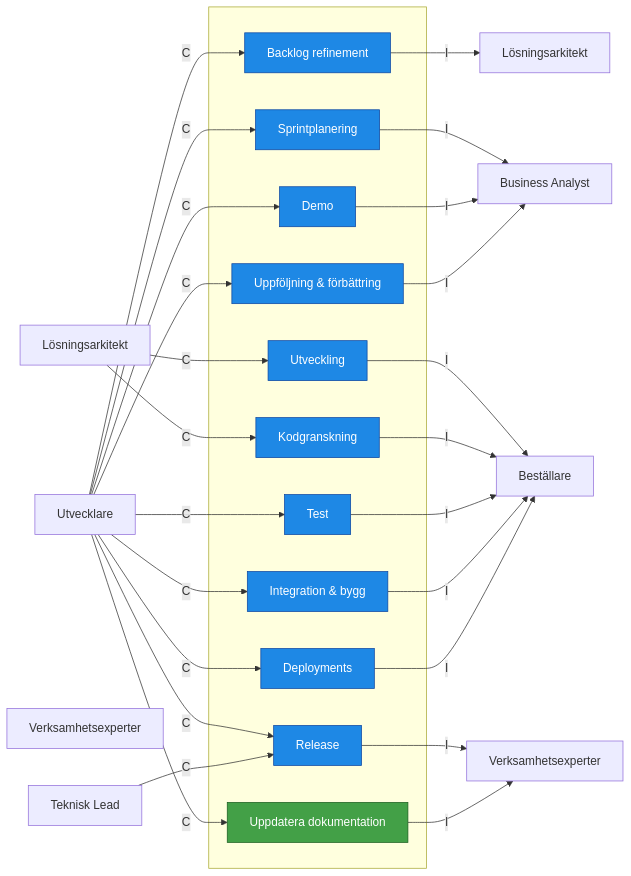
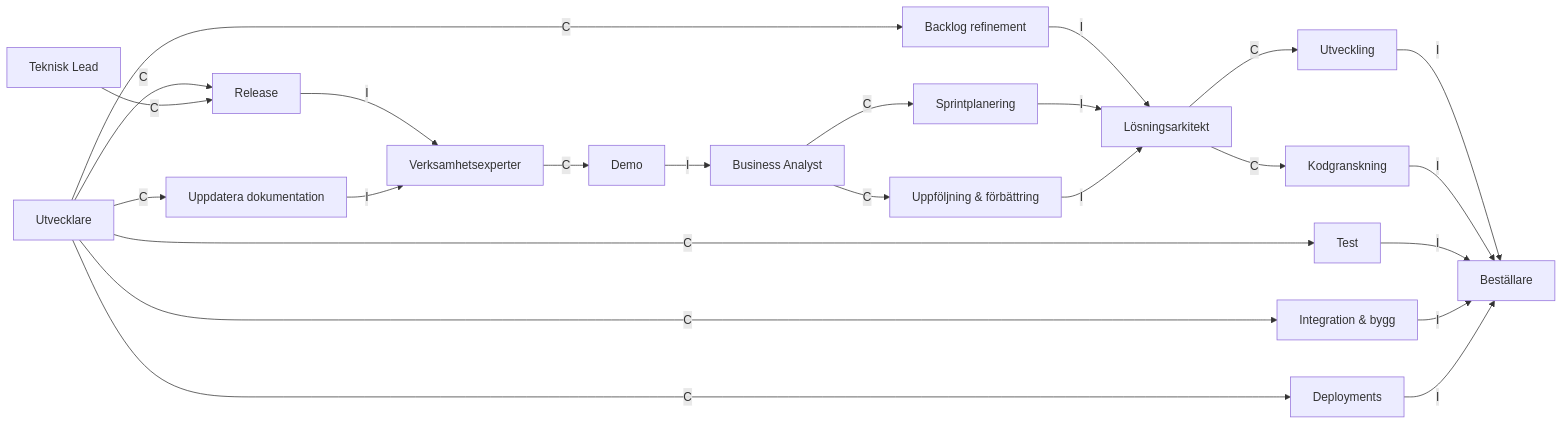
Before and after one commit to Riniga/valuestream-os: the third of 3 diagrams in framework/standard/RACI/4. Leverans.md, drawn with Mermaid. The commit also changed other lines of this file and 83 other files, not shown here.

````diff
--- a/framework/standard/RACI/4. Leverans.md
+++ b/framework/standard/RACI/4. Leverans.md
@@ -135,60 +81,46 @@
 ```mermaid
 flowchart LR
-    subgraph " "
-        A1["Backlog refinement"]
-        A2["Sprintplanering"]
-        B1["Utveckling"]
-        B2["Kodgranskning"]
-        B3["Test"]
-        C1["Integration & bygg"]
-        D1["Demo"]
-        E1["Release"]
-        F1["Deployments"]
-        E2["Uppdatera dokumentation"]
-        G1["Uppföljning & förbättring"]
-    end
+    A1["Backlog refinement"]
+    A2["Sprintplanering"]
+    B1["Utveckling"]
+    B2["Kodgranskning"]
+    B3["Test"]
+    C1["Integration & bygg"]
+    D1["Demo"]
+    E1["Release"]
+    F1["Deployments"]
+    E2["Uppdatera dokumentation"]
+    G1["Uppföljning & förbättring"]
 
-    %% ROLLER (ENDAST DE SOM HAR R)
     UT["Utvecklare"]
     LA["Lösningsarkitekt"]
     VX["Verksamhetsexperter"]
     TL["Teknisk Lead"]
-
-    PA["Beställare"]
-    LA2["Lösningsarkitekt"]
-    BA2["Business Analyst"]
-    VX2["Verksamhetsexperter"]
+    BA["Business Analyst"]
+    BE["Beställare"]
 
     UT -- C --> A1
-    UT -- C --> A2
+    BA -- C --> A2
     LA -- C --> B1
     LA -- C --> B2
     UT -- C --> B3
     UT -- C --> C1
-    UT -- C --> D1
+    VX -- C --> D1
     UT -- C --> E1
     TL -- C --> E1
     UT -- C --> F1
     UT -- C --> E2
-    UT -- C --> G1
+    BA -- C --> G1
 
-    A1 -- I --> LA2
-    A2 -- I --> BA2
-    B1 -- I --> PA
-    B2 -- I --> PA
-    B3 -- I --> PA
-    C1 -- I --> PA
-    D1 -- I --> BA2
-    E1 -- I --> VX2
-    F1 -- I --> PA
-    E2 -- I --> VX2
-    G1 -- I --> BA2
-
-    %% STYLING
-    classDef seq fill:#1e88e5,stroke:#0d47a1,color:#fff;
-    classDef par fill:#43a047,stroke:#1b5e20,color:#fff;
-    classDef slut fill:#6a1b9a,stroke:#4a148c,color:#fff;
-
-    class A1,A2,B1,B2,B3,C1,D1,E1,F1,G1,H1 seq;
-    class E2 par;
+    A1 -- I --> LA
+    A2 -- I --> LA
+    B1 -- I --> BE
+    B2 -- I --> BE
+    B3 -- I --> BE
+    C1 -- I --> BE
+    D1 -- I --> BA
+    E1 -- I --> VX
+    F1 -- I --> BE
+    E2 -- I --> VX
+    G1 -- I --> LA
 ```
````
